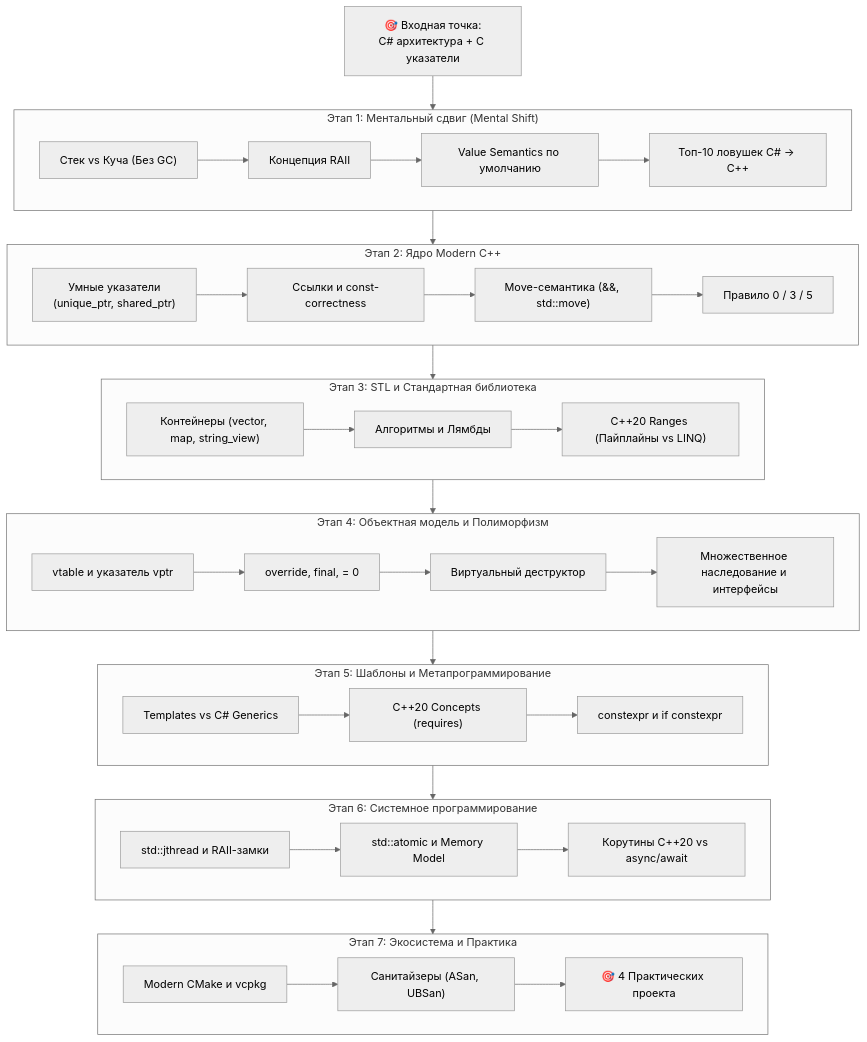
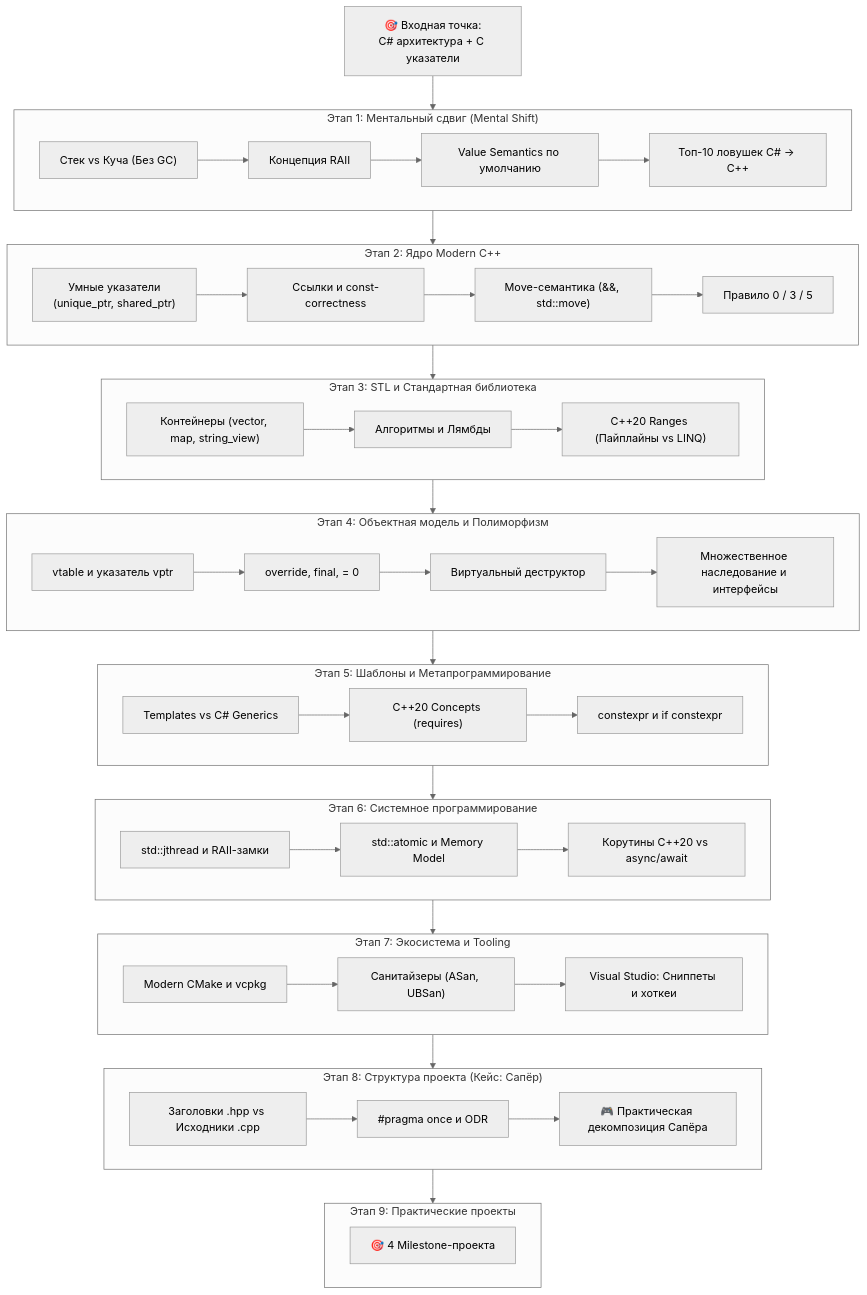
The diagram in README.md (Irus07/CppRoadMap), drawn with Mermaid (neutral theme) before and after one commit. The commit also changed other lines of this file and 12 other files, not shown here.

Commit message:
Add project architecture guide (Minesweeper case study), Visual Studio snippets, and clean example

````diff
--- a/README.md
+++ b/README.md
@@ -14,54 +14,67 @@
 ```mermaid
 flowchart TD
     Start["🎯 Входная точка:<br/>C# архитектура + C указатели"] --> Phase1
     
     subgraph Phase1["Этап 1: Ментальный сдвиг (Mental Shift)"]
         A1["Стек vs Куча (Без GC)"] --> A2["Концепция RAII"]
         A2 --> A3["Value Semantics по умолчанию"]
         A3 --> A4["Топ-10 ловушек C# -> C++"]
     end
 
     Phase1 --> Phase2
 
     subgraph Phase2["Этап 2: Ядро Modern C++"]
         B1["Умные указатели<br/>(unique_ptr, shared_ptr)"] --> B2["Ссылки и const-correctness"]
         B2 --> B3["Move-семантика (&&, std::move)"]
         B3 --> B4["Правило 0 / 3 / 5"]
     end
 
     Phase2 --> Phase3
 
     subgraph Phase3["Этап 3: STL и Стандартная библиотека"]
         C1["Контейнеры (vector, map, string_view)"] --> C2["Алгоритмы и Лямбды"]
         C2 --> C3["C++20 Ranges (Пайплайны vs LINQ)"]
     end
 
     Phase3 --> Phase4
 
     subgraph Phase4["Этап 4: Объектная модель и Полиморфизм"]
         D1["vtable и указатель vptr"] --> D2["override, final, = 0"]
         D2 --> D3["Виртуальный деструктор"]
         D3 --> D4["Множественное наследование и интерфейсы"]
     end
 
     Phase4 --> Phase5
 
     subgraph Phase5["Этап 5: Шаблоны и Метапрограммирование"]
         E1["Templates vs C# Generics"] --> E2["C++20 Concepts (requires)"]
         E2 --> E3["constexpr и if constexpr"]
     end
 
     Phase5 --> Phase6
 
     subgraph Phase6["Этап 6: Системное программирование"]
         F1["std::jthread и RAII-замки"] --> F2["std::atomic и Memory Model"]
         F2 --> F3["Корутины C++20 vs async/await"]
     end
 
     Phase6 --> Phase7
 
-    subgraph Phase7["Этап 7: Экосистема и Практика"]
+    subgraph Phase7["Этап 7: Экосистема и Tooling"]
         G1["Modern CMake и vcpkg"] --> G2["Санитайзеры (ASan, UBSan)"]
-        G2 --> G3["🎯 4 Практических проекта"]
+        G2 --> G3["Visual Studio: Сниппеты и хоткеи"]
+    end
+
+    Phase7 --> Phase8
+
+    subgraph Phase8["Этап 8: Структура проекта (Кейс: Сапёр)"]
+        H1["Заголовки .hpp vs Исходники .cpp"] --> H2["#pragma once и ODR"]
+        H2 --> H3["🎮 Практическая декомпозиция Сапёра"]
+    end
+
+    Phase8 --> Phase9
+
+    subgraph Phase9["Этап 9: Практические проекты"]
+        I1["🎯 4 Milestone-проекта"]
     end
 ```
````
